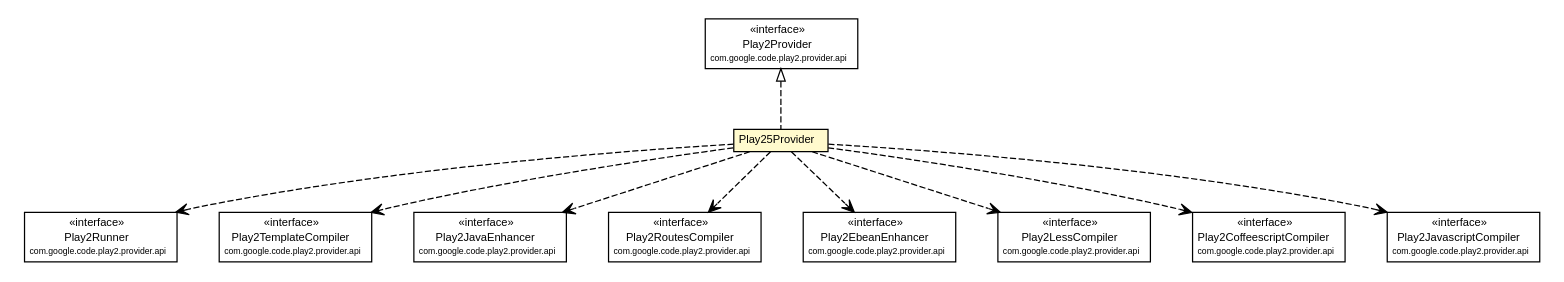
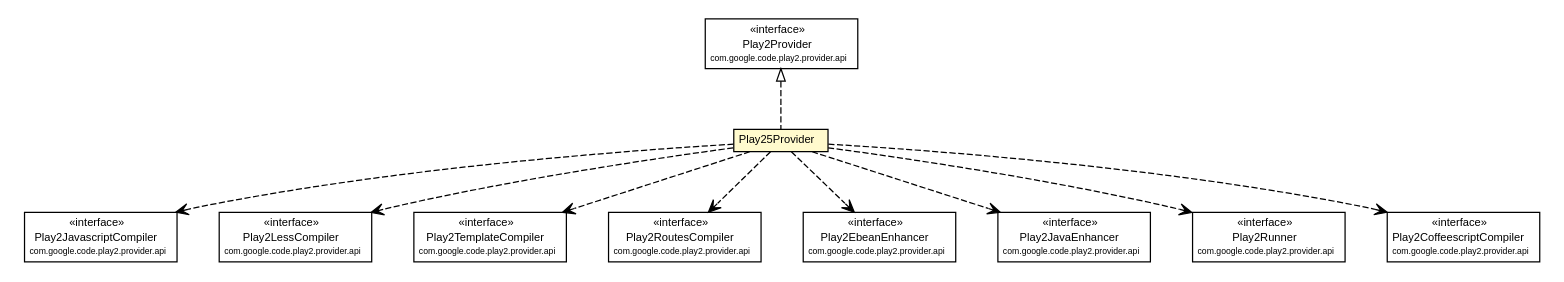
The diagram in play2-maven-plugin/1.0.0-beta4-SNAPSHOT/play2-providers/play2-provider-play25/apidocs/com/google/code/play2/provider/play25/Play25Provider.dot (play2-maven-plugin/play2-maven-plugin.github.io), drawn with Graphviz before and after one commit. The commit also changed 158 other files, not shown here.

```diff
--- a/play2-maven-plugin/1.0.0-beta4-SNAPSHOT/play2-providers/play2-provider-play25/apidocs/com/google/code/play2/provider/play25/Play25Provider.dot
+++ b/play2-maven-plugin/1.0.0-beta4-SNAPSHOT/play2-providers/play2-provider-play25/apidocs/com/google/code/play2/provider/play25/Play25Provider.dot
@@ -1,108 +1,108 @@
 #!/usr/local/bin/dot
 #
 # Class diagram 
 # Generated by UMLGraph version R5_6-24-gf6e263 (http://www.umlgraph.org/)
 #
 
 digraph G {
 	edge [fontname="arial",fontsize=10,labelfontname="arial",labelfontsize=10];
 	node [fontname="arial",fontsize=10,shape=plaintext];
 	nodesep=0.25;
 	ranksep=0.5;
 	// com.google.code.play2.provider.play25.Play25Provider
 	c190 [label=<<table title="com.google.code.play2.provider.play25.Play25Provider" border="0" cellborder="1" cellspacing="0" cellpadding="2" port="p" bgcolor="lemonChiffon" href="./Play25Provider.html">
 		<tr><td><table border="0" cellspacing="0" cellpadding="1">
 <tr><td align="center" balign="center"> Play25Provider </td></tr>
 		</table></td></tr>
 		</table>>, URL="./Play25Provider.html", fontname="arial", fontcolor="black", fontsize=9.0];
 	//com.google.code.play2.provider.play25.Play25Provider implements com.google.code.play2.provider.api.Play2Provider
 	c199:p -> c190:p [dir=back,arrowtail=empty,style=dashed];
-	// com.google.code.play2.provider.play25.Play25Provider DEPEND com.google.code.play2.provider.api.Play2Runner
+	// com.google.code.play2.provider.play25.Play25Provider DEPEND com.google.code.play2.provider.api.Play2JavascriptCompiler
 	c190:p -> c200:p [taillabel="", label="", headlabel="", fontname="arial", fontcolor="black", fontsize=10.0, color="black", arrowhead=open, style=dashed];
+	// com.google.code.play2.provider.play25.Play25Provider DEPEND com.google.code.play2.provider.api.Play2LessCompiler
+	c190:p -> c201:p [taillabel="", label="", headlabel="", fontname="arial", fontcolor="black", fontsize=10.0, color="black", arrowhead=open, style=dashed];
 	// com.google.code.play2.provider.play25.Play25Provider DEPEND com.google.code.play2.provider.api.Play2TemplateCompiler
-	c190:p -> c201:p [taillabel="", label="", headlabel="", fontname="arial", fontcolor="black", fontsize=10.0, color="black", arrowhead=open, style=dashed];
-	// com.google.code.play2.provider.play25.Play25Provider DEPEND com.google.code.play2.provider.api.Play2JavaEnhancer
 	c190:p -> c202:p [taillabel="", label="", headlabel="", fontname="arial", fontcolor="black", fontsize=10.0, color="black", arrowhead=open, style=dashed];
 	// com.google.code.play2.provider.play25.Play25Provider DEPEND com.google.code.play2.provider.api.Play2RoutesCompiler
 	c190:p -> c203:p [taillabel="", label="", headlabel="", fontname="arial", fontcolor="black", fontsize=10.0, color="black", arrowhead=open, style=dashed];
 	// com.google.code.play2.provider.play25.Play25Provider DEPEND com.google.code.play2.provider.api.Play2EbeanEnhancer
 	c190:p -> c204:p [taillabel="", label="", headlabel="", fontname="arial", fontcolor="black", fontsize=10.0, color="black", arrowhead=open, style=dashed];
-	// com.google.code.play2.provider.play25.Play25Provider DEPEND com.google.code.play2.provider.api.Play2LessCompiler
+	// com.google.code.play2.provider.play25.Play25Provider DEPEND com.google.code.play2.provider.api.Play2JavaEnhancer
 	c190:p -> c205:p [taillabel="", label="", headlabel="", fontname="arial", fontcolor="black", fontsize=10.0, color="black", arrowhead=open, style=dashed];
+	// com.google.code.play2.provider.play25.Play25Provider DEPEND com.google.code.play2.provider.api.Play2Runner
+	c190:p -> c206:p [taillabel="", label="", headlabel="", fontname="arial", fontcolor="black", fontsize=10.0, color="black", arrowhead=open, style=dashed];
 	// com.google.code.play2.provider.play25.Play25Provider DEPEND com.google.code.play2.provider.api.Play2CoffeescriptCompiler
-	c190:p -> c206:p [taillabel="", label="", headlabel="", fontname="arial", fontcolor="black", fontsize=10.0, color="black", arrowhead=open, style=dashed];
-	// com.google.code.play2.provider.play25.Play25Provider DEPEND com.google.code.play2.provider.api.Play2JavascriptCompiler
 	c190:p -> c207:p [taillabel="", label="", headlabel="", fontname="arial", fontcolor="black", fontsize=10.0, color="black", arrowhead=open, style=dashed];
 	// com.google.code.play2.provider.api.Play2Provider
 	c199 [label=<<table title="com.google.code.play2.provider.api.Play2Provider" border="0" cellborder="1" cellspacing="0" cellpadding="2" port="p">
 		<tr><td><table border="0" cellspacing="0" cellpadding="1">
 <tr><td align="center" balign="center"> &#171;interface&#187; </td></tr>
 <tr><td align="center" balign="center"> Play2Provider </td></tr>
 <tr><td align="center" balign="center"><font point-size="7.0"> com.google.code.play2.provider.api </font></td></tr>
 		</table></td></tr>
 		</table>>, URL="null", fontname="arial", fontcolor="black", fontsize=9.0];
 	// com.google.code.play2.provider.api.Play2RoutesCompiler
 	c203 [label=<<table title="com.google.code.play2.provider.api.Play2RoutesCompiler" border="0" cellborder="1" cellspacing="0" cellpadding="2" port="p">
 		<tr><td><table border="0" cellspacing="0" cellpadding="1">
 <tr><td align="center" balign="center"> &#171;interface&#187; </td></tr>
 <tr><td align="center" balign="center"> Play2RoutesCompiler </td></tr>
 <tr><td align="center" balign="center"><font point-size="7.0"> com.google.code.play2.provider.api </font></td></tr>
 		</table></td></tr>
 		</table>>, URL="null", fontname="arial", fontcolor="black", fontsize=9.0];
 	// com.google.code.play2.provider.api.Play2LessCompiler
-	c205 [label=<<table title="com.google.code.play2.provider.api.Play2LessCompiler" border="0" cellborder="1" cellspacing="0" cellpadding="2" port="p">
+	c201 [label=<<table title="com.google.code.play2.provider.api.Play2LessCompiler" border="0" cellborder="1" cellspacing="0" cellpadding="2" port="p">
 		<tr><td><table border="0" cellspacing="0" cellpadding="1">
 <tr><td align="center" balign="center"> &#171;interface&#187; </td></tr>
 <tr><td align="center" balign="center"> Play2LessCompiler </td></tr>
 <tr><td align="center" balign="center"><font point-size="7.0"> com.google.code.play2.provider.api </font></td></tr>
 		</table></td></tr>
 		</table>>, URL="null", fontname="arial", fontcolor="black", fontsize=9.0];
 	// com.google.code.play2.provider.api.Play2TemplateCompiler
-	c201 [label=<<table title="com.google.code.play2.provider.api.Play2TemplateCompiler" border="0" cellborder="1" cellspacing="0" cellpadding="2" port="p">
+	c202 [label=<<table title="com.google.code.play2.provider.api.Play2TemplateCompiler" border="0" cellborder="1" cellspacing="0" cellpadding="2" port="p">
 		<tr><td><table border="0" cellspacing="0" cellpadding="1">
 <tr><td align="center" balign="center"> &#171;interface&#187; </td></tr>
 <tr><td align="center" balign="center"> Play2TemplateCompiler </td></tr>
 <tr><td align="center" balign="center"><font point-size="7.0"> com.google.code.play2.provider.api </font></td></tr>
 		</table></td></tr>
 		</table>>, URL="null", fontname="arial", fontcolor="black", fontsize=9.0];
 	// com.google.code.play2.provider.api.Play2CoffeescriptCompiler
-	c206 [label=<<table title="com.google.code.play2.provider.api.Play2CoffeescriptCompiler" border="0" cellborder="1" cellspacing="0" cellpadding="2" port="p">
+	c207 [label=<<table title="com.google.code.play2.provider.api.Play2CoffeescriptCompiler" border="0" cellborder="1" cellspacing="0" cellpadding="2" port="p">
 		<tr><td><table border="0" cellspacing="0" cellpadding="1">
 <tr><td align="center" balign="center"> &#171;interface&#187; </td></tr>
 <tr><td align="center" balign="center"> Play2CoffeescriptCompiler </td></tr>
 <tr><td align="center" balign="center"><font point-size="7.0"> com.google.code.play2.provider.api </font></td></tr>
 		</table></td></tr>
 		</table>>, URL="null", fontname="arial", fontcolor="black", fontsize=9.0];
 	// com.google.code.play2.provider.api.Play2EbeanEnhancer
 	c204 [label=<<table title="com.google.code.play2.provider.api.Play2EbeanEnhancer" border="0" cellborder="1" cellspacing="0" cellpadding="2" port="p">
 		<tr><td><table border="0" cellspacing="0" cellpadding="1">
 <tr><td align="center" balign="center"> &#171;interface&#187; </td></tr>
 <tr><td align="center" balign="center"> Play2EbeanEnhancer </td></tr>
 <tr><td align="center" balign="center"><font point-size="7.0"> com.google.code.play2.provider.api </font></td></tr>
 		</table></td></tr>
 		</table>>, URL="null", fontname="arial", fontcolor="black", fontsize=9.0];
 	// com.google.code.play2.provider.api.Play2JavascriptCompiler
-	c207 [label=<<table title="com.google.code.play2.provider.api.Play2JavascriptCompiler" border="0" cellborder="1" cellspacing="0" cellpadding="2" port="p">
+	c200 [label=<<table title="com.google.code.play2.provider.api.Play2JavascriptCompiler" border="0" cellborder="1" cellspacing="0" cellpadding="2" port="p">
 		<tr><td><table border="0" cellspacing="0" cellpadding="1">
 <tr><td align="center" balign="center"> &#171;interface&#187; </td></tr>
 <tr><td align="center" balign="center"> Play2JavascriptCompiler </td></tr>
 <tr><td align="center" balign="center"><font point-size="7.0"> com.google.code.play2.provider.api </font></td></tr>
 		</table></td></tr>
 		</table>>, URL="null", fontname="arial", fontcolor="black", fontsize=9.0];
 	// com.google.code.play2.provider.api.Play2JavaEnhancer
-	c202 [label=<<table title="com.google.code.play2.provider.api.Play2JavaEnhancer" border="0" cellborder="1" cellspacing="0" cellpadding="2" port="p">
+	c205 [label=<<table title="com.google.code.play2.provider.api.Play2JavaEnhancer" border="0" cellborder="1" cellspacing="0" cellpadding="2" port="p">
 		<tr><td><table border="0" cellspacing="0" cellpadding="1">
 <tr><td align="center" balign="center"> &#171;interface&#187; </td></tr>
 <tr><td align="center" balign="center"> Play2JavaEnhancer </td></tr>
 <tr><td align="center" balign="center"><font point-size="7.0"> com.google.code.play2.provider.api </font></td></tr>
 		</table></td></tr>
 		</table>>, URL="null", fontname="arial", fontcolor="black", fontsize=9.0];
 	// com.google.code.play2.provider.api.Play2Runner
-	c200 [label=<<table title="com.google.code.play2.provider.api.Play2Runner" border="0" cellborder="1" cellspacing="0" cellpadding="2" port="p">
+	c206 [label=<<table title="com.google.code.play2.provider.api.Play2Runner" border="0" cellborder="1" cellspacing="0" cellpadding="2" port="p">
 		<tr><td><table border="0" cellspacing="0" cellpadding="1">
 <tr><td align="center" balign="center"> &#171;interface&#187; </td></tr>
 <tr><td align="center" balign="center"> Play2Runner </td></tr>
 <tr><td align="center" balign="center"><font point-size="7.0"> com.google.code.play2.provider.api </font></td></tr>
 		</table></td></tr>
 		</table>>, URL="null", fontname="arial", fontcolor="black", fontsize=9.0];
 }
```
